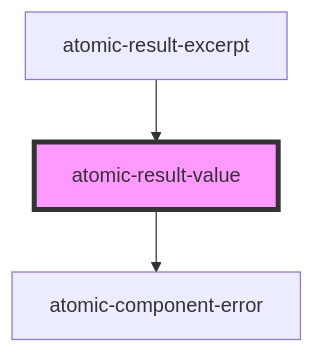
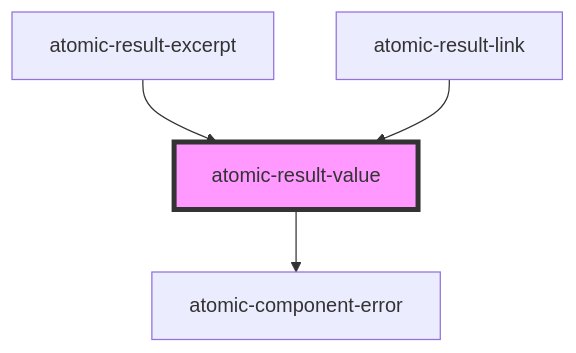
One commit to coveo/ui-kit changed the diagram in packages/atomic/src/components/result-template-components/atomic-result-value/readme.md. Above: the diagram before and after it, drawn with Mermaid. The commit also changed other lines of this file and 9 other files, not shown here.

````diff
--- a/packages/atomic/src/components/result-template-components/atomic-result-value/readme.md
+++ b/packages/atomic/src/components/result-template-components/atomic-result-value/readme.md
@@ -27,6 +28,7 @@
 ```mermaid
 graph TD;
   atomic-result-value --> atomic-component-error
   atomic-result-excerpt --> atomic-result-value
+  atomic-result-link --> atomic-result-value
   style atomic-result-value fill:#f9f,stroke:#333,stroke-width:4px
 ```
````
